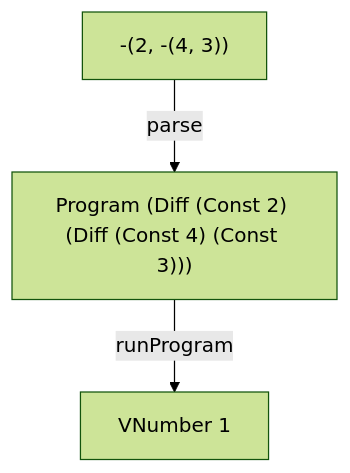
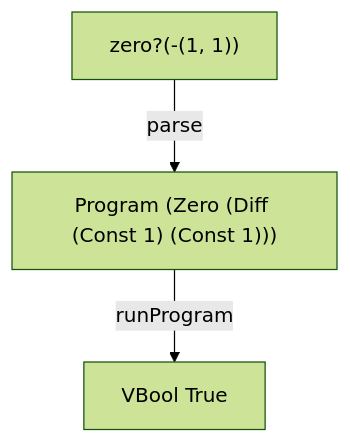
Before and after one commit to tinyinterpreters/zero: the diagram in README.md, drawn with Mermaid (forest theme). The commit also changed other lines of this file, not shown here.

````diff
--- a/README.md
+++ b/README.md
@@ -7,5 +9,5 @@
 ```mermaid
 flowchart TD
-    A["-(2, -(4, 3))"] -->|parse| B["Program (Diff (Const 2) (Diff (Const 4) (Const 3)))"]
-    B -->|runProgram| C["VNumber 1"]
+    A["zero?(-(1, 1))"] -->|parse| B["Program (Zero (Diff (Const 1) (Const 1)))"]
+    B -->|runProgram| C["VBool True"]
 ```
````
